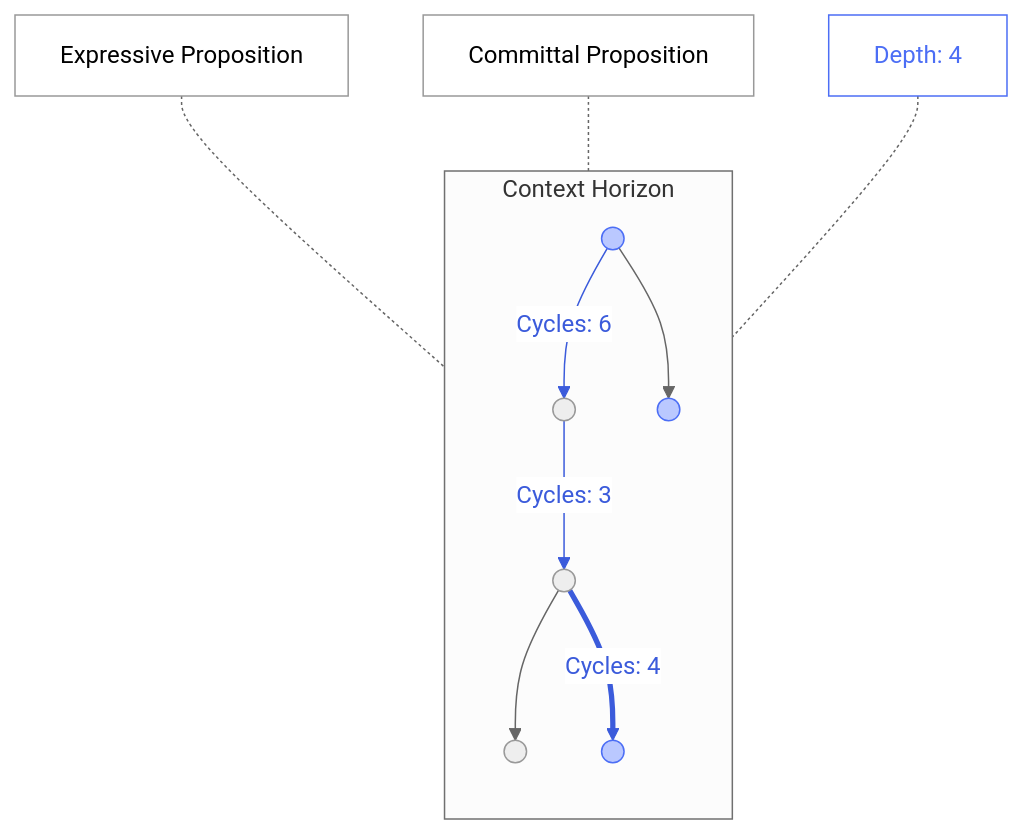
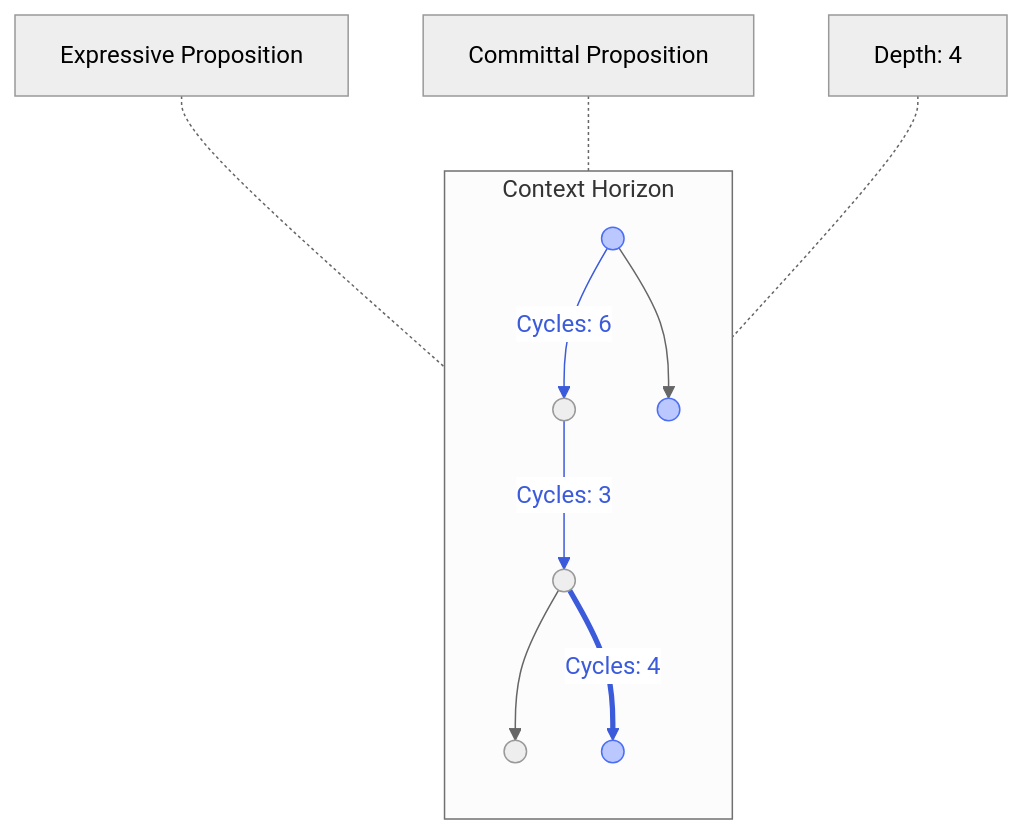
The seventh of 13 diagrams in content/commons.mdx (clairemira/miranova), drawn with Mermaid before and after one commit. The commit also changed other lines of this file and 23 other files, not shown here.

Commit message:
Added dark mode support for mermaid nodes

````diff
--- a/content/commons.mdx
+++ b/content/commons.mdx
@@ -767,47 +712,39 @@
 ```mermaid
 ---
 config:
   flowchart:
     curve: basis
   theme: neutral
 ---
 flowchart TB
   subgraph CH1["Context Horizon"]
     direction TB
 
     V1(( ))
     V2(( ))
     V3(( ))
     V4(( ))
     V5(( ))
     V6(( ))
   end
 
   EXP["Expressive Proposition"]
   COM["Committal Proposition"]
   DEP["Depth: 4"]
 
   V1 -->|"Cycles: 6"| V2
   V1 --> V3
   V2 -->|"Cycles: 3"| V4
   V4 --> V5
   V4 ==>|"Cycles: 4"| V6
 
   EXP -.- V4
   COM -.- V3
   DEP -.- V6
 
   classDef committalNode fill:#bac8ff,stroke:#4c6ef5,color:#4c6ef5
 
   class P1,P4,P5,P7,P8,P10,V1,V3,V6,V9 committalNode
 
-  style DEP fill:transparent,color:#4c6ef5,stroke:#4c6ef5
-  style EXP fill:transparent
-  style COM fill:transparent
-
-  %% Negative (-) edges
   linkStyle 0,2,4 stroke:#3b5bdb,color:#3b5bdb
-
-  %% Positive (+) edges
-  %% linkStyle 6,8,10,12 stroke:#748ffc,color:#748ffc
 ```
````
